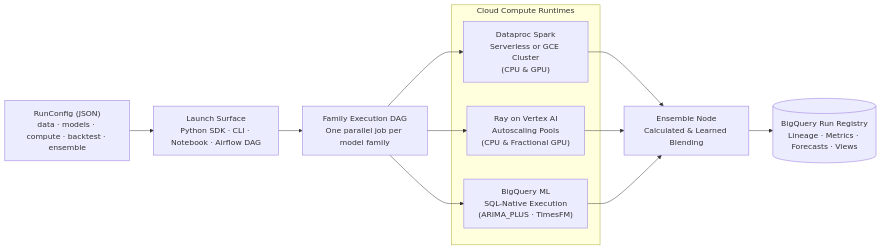
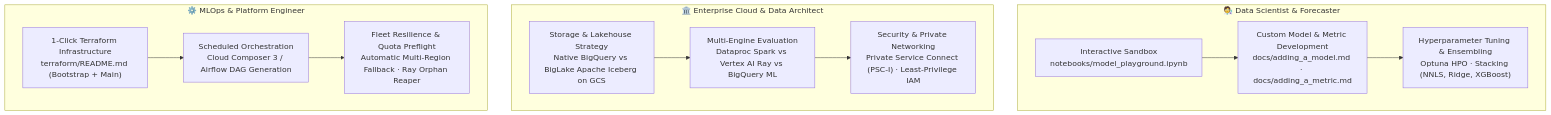
Before and after one commit to statmike/scale-forecasting: the first of 4 diagrams in README.md, drawn with Mermaid. The commit also changed other lines of this file and 12 other files, not shown here.

Commit message:
docs(phase-4): elevate main README, customer workshop guide, and notebook suite

````diff
--- a/README.md
+++ b/README.md
@@ -13,19 +91,23 @@
 ```mermaid
-flowchart LR
-    cfg["RunConfig (JSON)<br/>data · models · compute · backtest · ensemble"]
-    sdk["Launch Surface<br/>Python SDK · CLI · Notebook · Airflow DAG"]
-    dag["Family Execution DAG<br/>One parallel job per model family"]
-    
-    subgraph runtimes["Cloud Compute Runtimes"]
-        spark["Dataproc Spark<br/>Serverless or GCE Cluster<br/>(CPU & GPU)"]
-        ray["Ray on Vertex AI<br/>Autoscaling Pools<br/>(CPU & Fractional GPU)"]
-        bq["BigQuery ML<br/>SQL-Native Execution<br/>(ARIMA_PLUS · TimesFM)"]
+flowchart TD
+    subgraph DataScientist["🧑‍🔬 Data Scientist & Forecaster"]
+        DS1["Interactive Sandbox<br/>notebooks/model_playground.ipynb"]
+        DS2["Custom Model & Metric Development<br/>docs/adding_a_model.md · docs/adding_a_metric.md"]
+        DS3["Hyperparameter Tuning & Ensembling<br/>Optuna HPO · Stacking (NNLS, Ridge, XGBoost)"]
+        DS1 --> DS2 --> DS3
     end
 
-    ens["Ensemble Node<br/>Calculated & Learned Blending"]
-    reg[("BigQuery Run Registry<br/>Lineage · Metrics · Forecasts · Views")]
+    subgraph Architect["🏛️ Enterprise Cloud & Data Architect"]
+        AR1["Storage & Lakehouse Strategy<br/>Native BigQuery vs BigLake Apache Iceberg on GCS"]
+        AR2["Multi-Engine Evaluation<br/>Dataproc Spark vs Vertex AI Ray vs BigQuery ML"]
+        AR3["Security & Private Networking<br/>Private Service Connect (PSC-I) · Least-Privilege IAM"]
+        AR1 --> AR2 --> AR3
+    end
 
-    cfg --> sdk --> dag
-    dag --> spark & ray & bq
-    spark & ray & bq --> ens --> reg
+    subgraph MLOps["⚙️ MLOps & Platform Engineer"]
+        OP1["1-Click Terraform Infrastructure<br/>terraform/README.md (Bootstrap + Main)"]
+        OP2["Scheduled Orchestration<br/>Cloud Composer 3 / Airflow DAG Generation"]
+        OP3["Fleet Resilience & Quota Preflight<br/>Automatic Multi-Region Fallback · Ray Orphan Reaper"]
+        OP1 --> OP2 --> OP3
+    end
 ```
````
